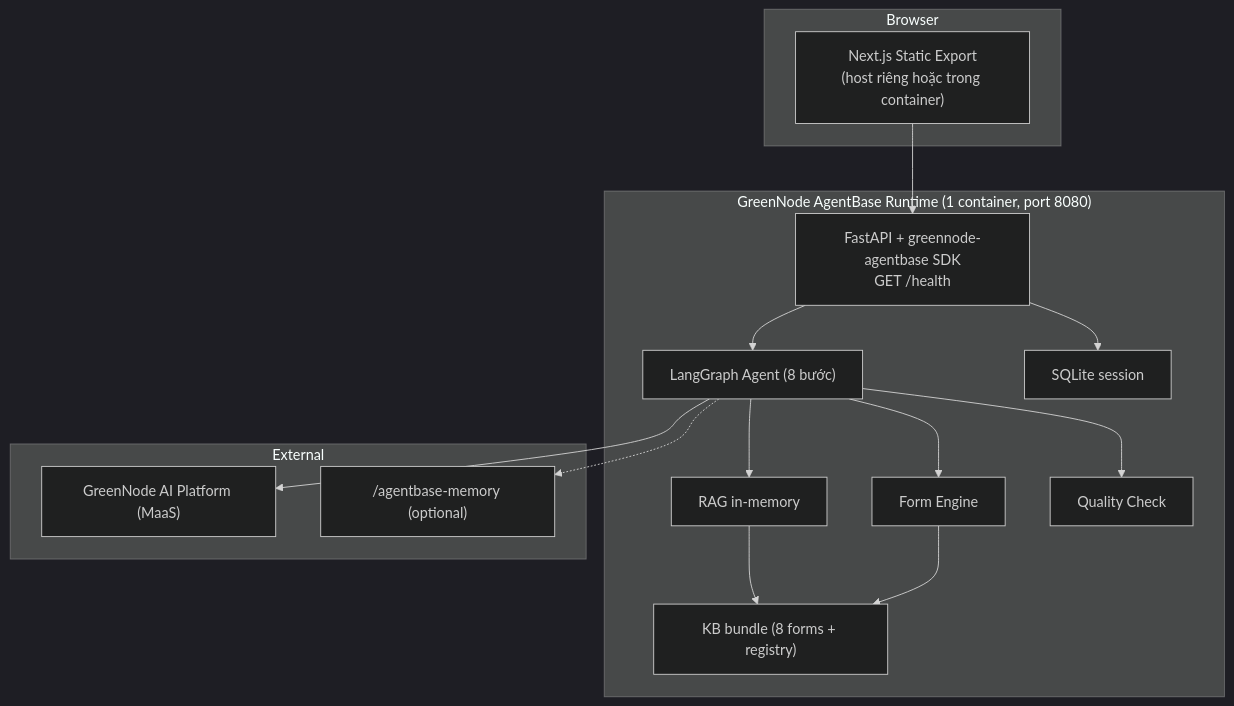
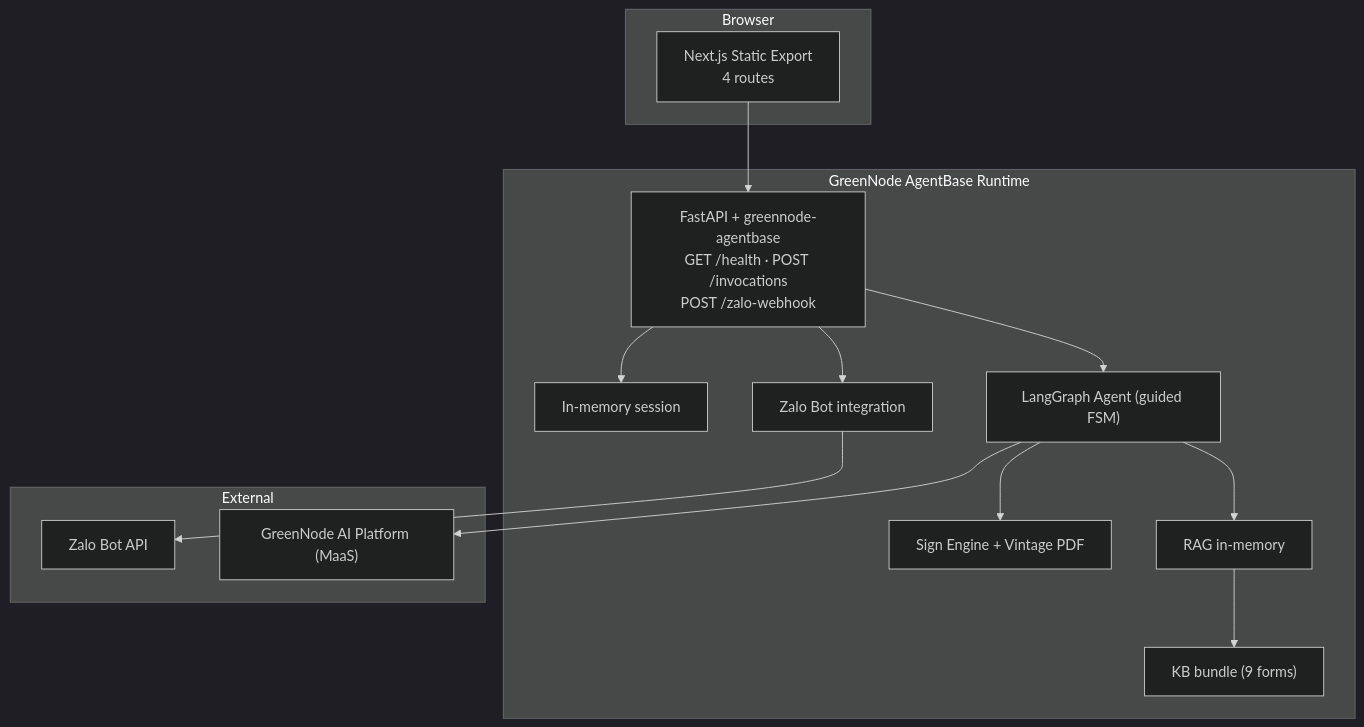
One commit to trungnguyen950/AILaSP_hackathonMSB changed the fourth of 4 diagrams in docs/02-architecture.md. Above: the diagram before and after it, drawn with Mermaid (dark theme). The commit also changed other lines of this file and 4 other files, not shown here.

Commit message:
docs: update all SAD docs to reflect actual v1.0 state (6 personas, 9 forms, guided flow, /forms /sign /user-guide, Zalo bot, bilingual, session isolation, vintage PDF)

````diff
--- a/docs/02-architecture.md
+++ b/docs/02-architecture.md
@@ -166,30 +155,29 @@
 ```mermaid
 flowchart TB
   subgraph Browser["Browser"]
-    FE["Next.js Static Export<br/>(host riêng hoặc trong container)"]
+    FE["Next.js Static Export<br/>4 routes"]
   end
 
-  subgraph AgentBase["GreenNode AgentBase Runtime (1 container, port 8080)"]
-    APP["FastAPI + greennode-agentbase SDK<br/>GET /health"]
-    AG["LangGraph Agent (8 bước)"]
+  subgraph AgentBase["GreenNode AgentBase Runtime"]
+    APP["FastAPI + greennode-agentbase<br/>GET /health · POST /invocations<br/>POST /zalo-webhook"]
+    AG["LangGraph Agent (guided FSM)"]
     RAG["RAG in-memory"]
-    KB["KB bundle (8 forms + registry)"]
-    FORM["Form Engine"]
-    QC["Quality Check"]
-    SES["SQLite session"]
+    KB["KB bundle (9 forms)"]
+    SIGN["Sign Engine + Vintage PDF"]
+    ZALO["Zalo Bot integration"]
+    SES["In-memory session"]
   end
 
   subgraph Ext["External"]
     LLM["GreenNode AI Platform (MaaS)"]
-    MEM["/agentbase-memory (optional)"]
+    ZALO_API["Zalo Bot API"]
   end
 
   FE --> APP
   APP --> AG
   AG --> RAG --> KB
-  AG --> FORM --> KB
-  AG --> QC
+  AG --> SIGN
+  APP --> ZALO --> ZALO_API
+  AG --> LLM
   APP --> SES
-  AG --> LLM
-  AG -.-> MEM
 ```
````
